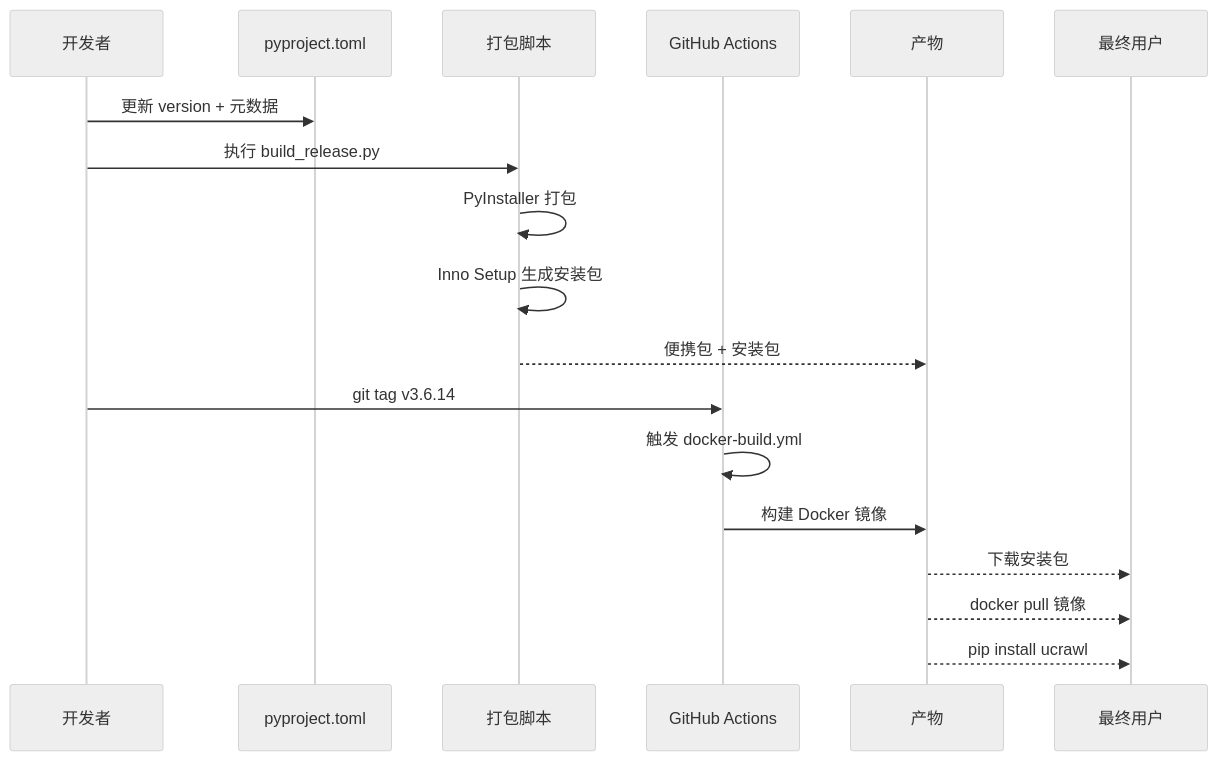
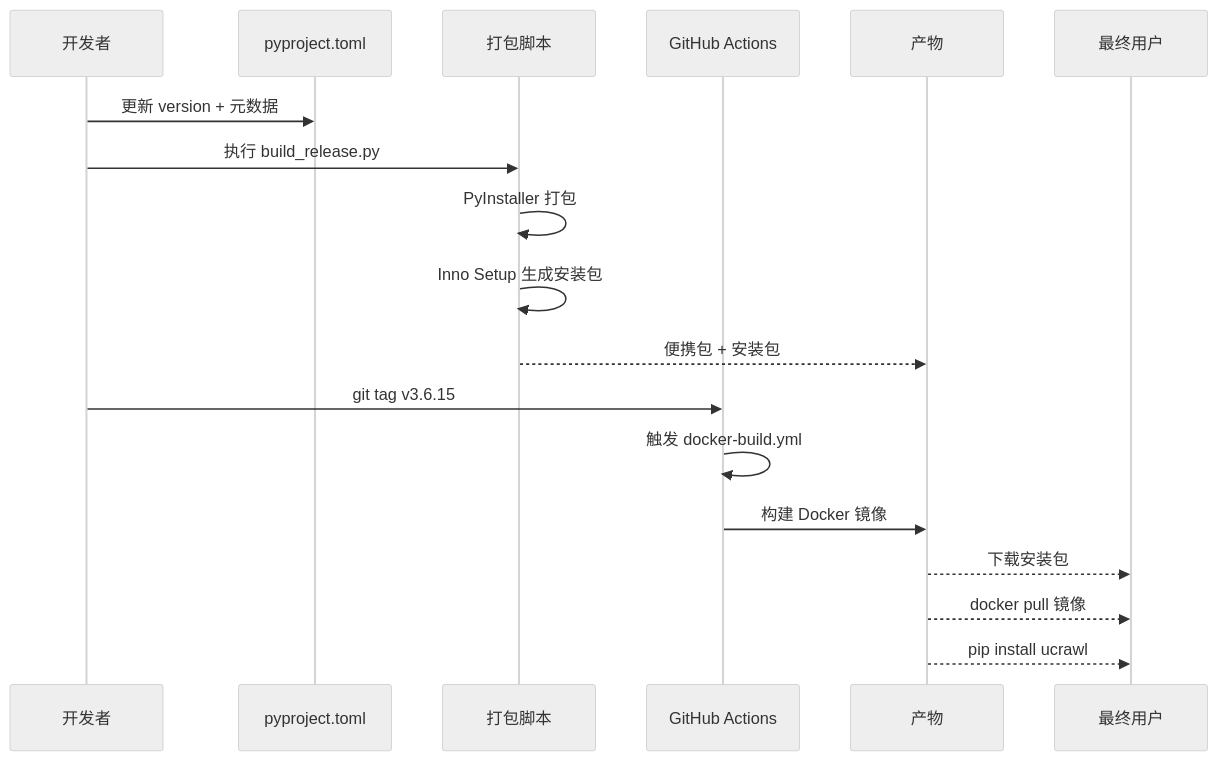
One commit to haohaizi554/UniversalCrawler changed the fifth of 5 diagrams in mermaid/10-packaging-and-delivery.md. Above: the diagram before and after it, drawn with Mermaid (neutral theme). The commit also changed other lines of this file and 26 other files, not shown here.

````diff
--- a/mermaid/10-packaging-and-delivery.md
+++ b/mermaid/10-packaging-and-delivery.md
@@ -151,23 +151,23 @@
 ```mermaid
 sequenceDiagram
     participant Dev as 开发者
     participant Ver as pyproject.toml
     participant Build as 打包脚本
     participant CI as GitHub Actions
     participant Artifact as 产物
     participant User as 最终用户
 
     Dev->>Ver: 更新 version + 元数据
     Dev->>Build: 执行 build_release.py
     Build->>Build: PyInstaller 打包
     Build->>Build: Inno Setup 生成安装包
     Build-->>Artifact: 便携包 + 安装包
     
-    Dev->>CI: git tag v3.6.14
+    Dev->>CI: git tag v3.6.15
     CI->>CI: 触发 docker-build.yml
     CI->>Artifact: 构建 Docker 镜像
     
     Artifact-->>User: 下载安装包
     Artifact-->>User: docker pull 镜像
     Artifact-->>User: pip install ucrawl
 ```
````
